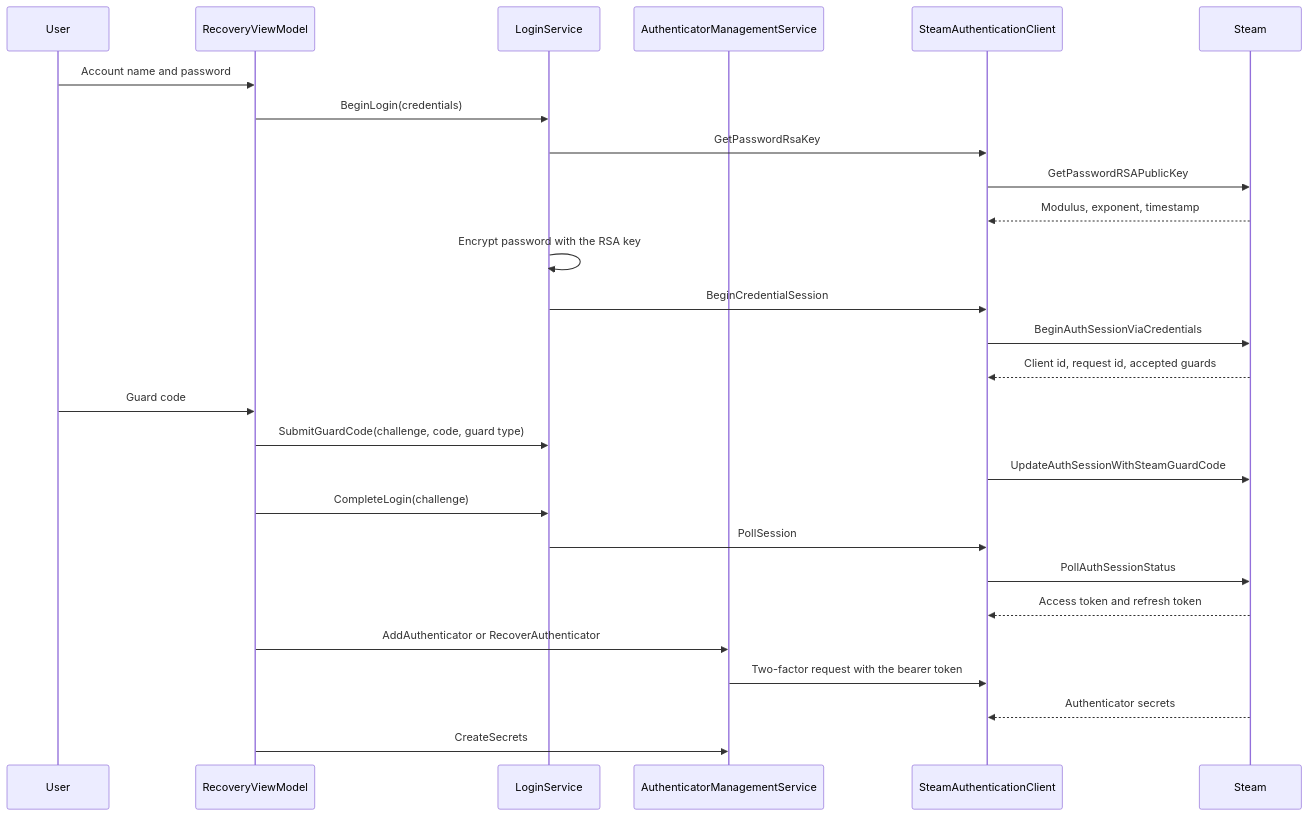
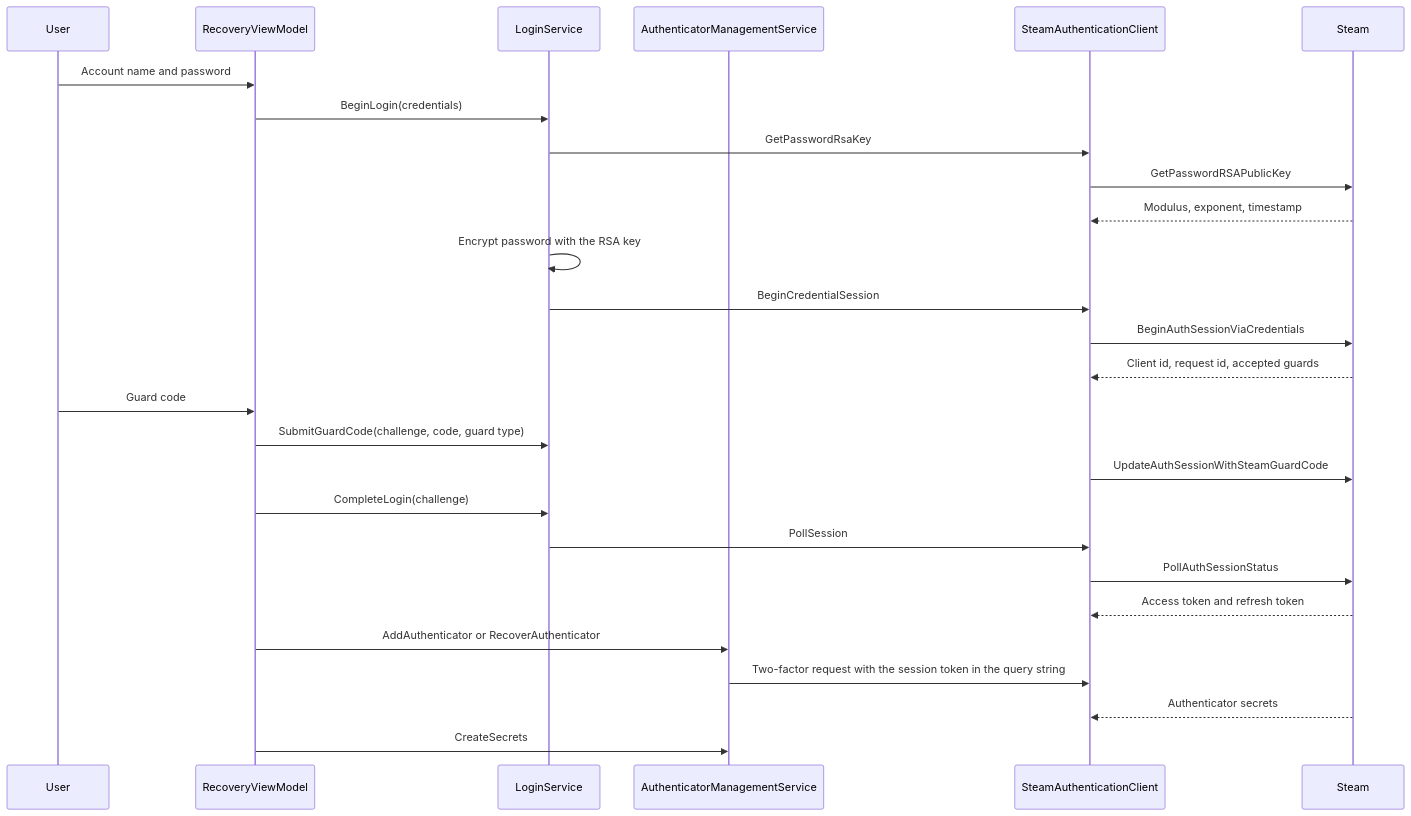
One commit to hmlendea/steam-guard-desktop changed the fifth of 8 diagrams in ARCHITECTURE.md. Above: the diagram before and after it, drawn with Mermaid. The commit also changed other lines of this file and 9 other files, not shown here.

Commit message:
dev: Send the session token as the WebAPI access_token query parameter

````diff
--- a/ARCHITECTURE.md
+++ b/ARCHITECTURE.md
@@ -244,29 +244,29 @@
 ```mermaid
 sequenceDiagram
     participant User
     participant ViewModel as RecoveryViewModel
     participant Login as LoginService
     participant Management as AuthenticatorManagementService
     participant Client as SteamAuthenticationClient
     participant Steam
     User->>ViewModel: Account name and password
     ViewModel->>Login: BeginLogin(credentials)
     Login->>Client: GetPasswordRsaKey
     Client->>Steam: GetPasswordRSAPublicKey
     Steam-->>Client: Modulus, exponent, timestamp
     Login->>Login: Encrypt password with the RSA key
     Login->>Client: BeginCredentialSession
     Client->>Steam: BeginAuthSessionViaCredentials
     Steam-->>Client: Client id, request id, accepted guards
     User->>ViewModel: Guard code
     ViewModel->>Login: SubmitGuardCode(challenge, code, guard type)
     Client->>Steam: UpdateAuthSessionWithSteamGuardCode
     ViewModel->>Login: CompleteLogin(challenge)
     Login->>Client: PollSession
     Client->>Steam: PollAuthSessionStatus
     Steam-->>Client: Access token and refresh token
     ViewModel->>Management: AddAuthenticator or RecoverAuthenticator
-    Management->>Client: Two-factor request with the bearer token
+    Management->>Client: Two-factor request with the session token in the query string
     Steam-->>Client: Authenticator secrets
     ViewModel->>Management: CreateSecrets
 ```
````
